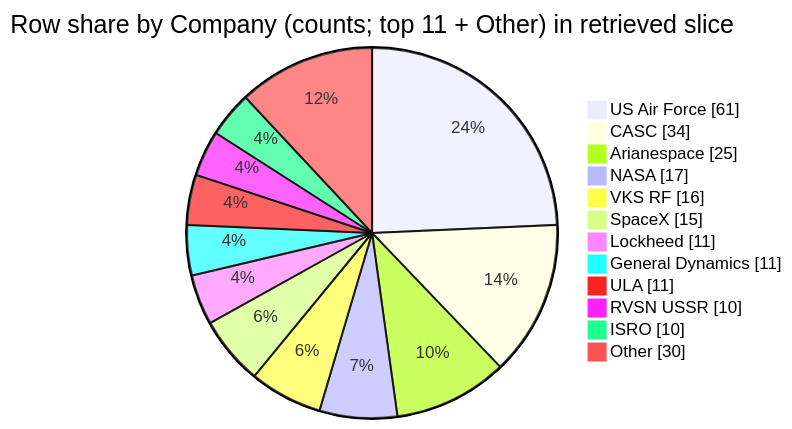
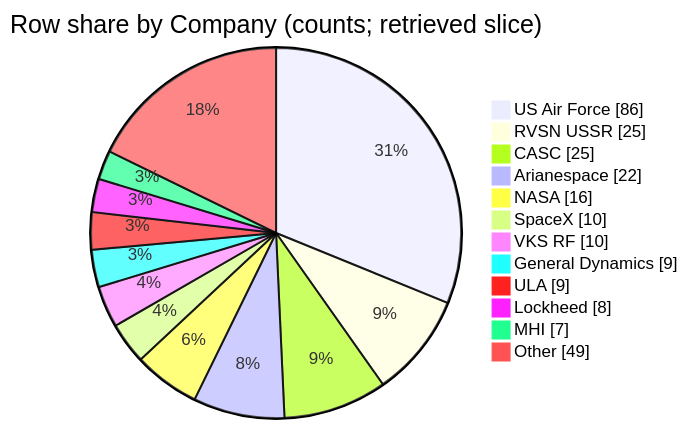
Before and after one commit to AntonRyzhkou1988/prompt-engineering: the diagram in answers/question_space_missions_company_share.md, drawn with Mermaid. The commit also changed other lines of this file and 9 other files, not shown here.

````diff
--- a/answers/question_space_missions_company_share.md
+++ b/answers/question_space_missions_company_share.md
@@ -73,16 +74,16 @@
 ```mermaid
 pie showData
-    title Row share by Company (counts; top 11 + Other) in retrieved slice
-    "US Air Force" : 61
-    "CASC" : 34
-    "Arianespace" : 25
-    "NASA" : 17
-    "VKS RF" : 16
-    "SpaceX" : 15
-    "Lockheed" : 11
-    "General Dynamics" : 11
-    "ULA" : 11
-    "RVSN USSR" : 10
-    "ISRO" : 10
-    "Other" : 30
+    title Row share by Company (counts; retrieved slice)
+    "US Air Force" : 86
+    "RVSN USSR" : 25
+    "CASC" : 25
+    "Arianespace" : 22
+    "NASA" : 16
+    "SpaceX" : 10
+    "VKS RF" : 10
+    "General Dynamics" : 9
+    "ULA" : 9
+    "Lockheed" : 8
+    "MHI" : 7
+    "Other" : 49
 ```
````
